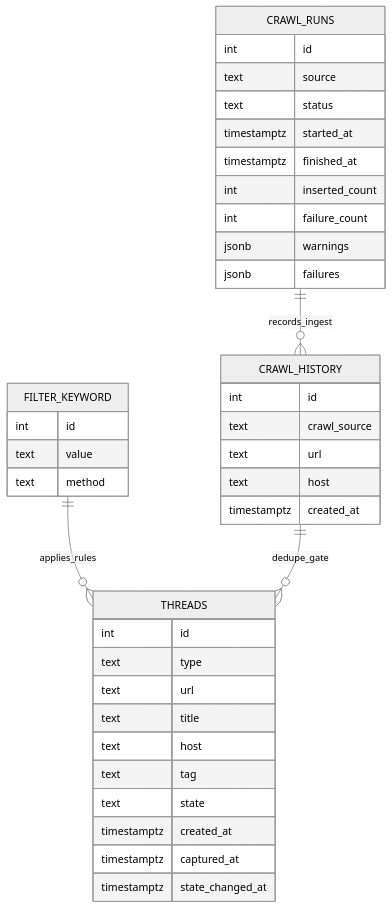
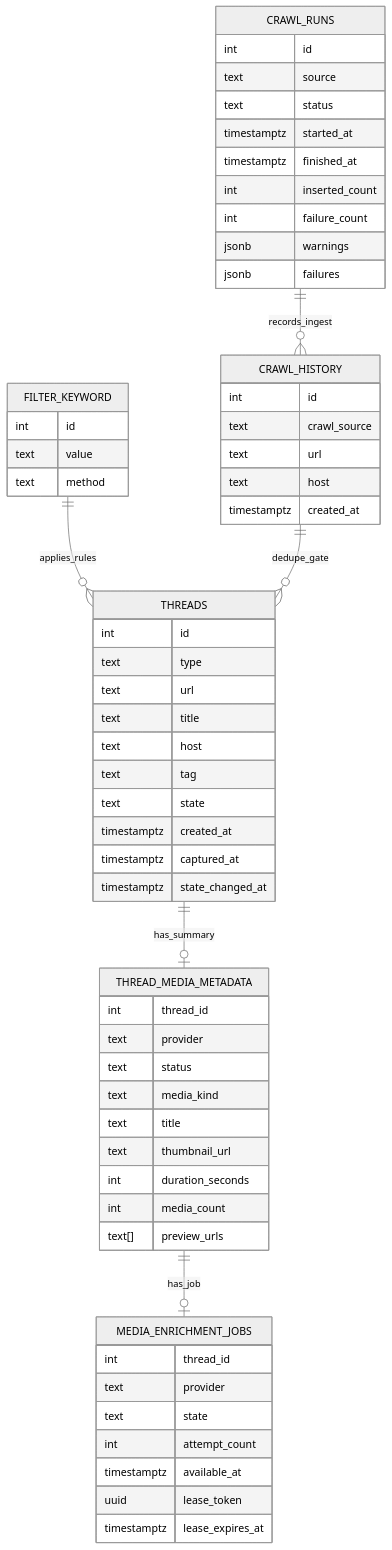
One commit to rlatmfrl24/applemint-v3 changed the diagram in README.md. Above: the diagram before and after it, drawn with Mermaid (neutral theme). The commit also changed other lines of this file and 57 other files, not shown here.

````diff
--- a/README.md
+++ b/README.md
@@ -83,45 +88,69 @@
 ```mermaid
 erDiagram
     FILTER_KEYWORD {
       int id
       text value
       text method
     }
 
     CRAWL_HISTORY {
       int id
       text crawl_source
       text url
       text host
       timestamptz created_at
     }
 
     CRAWL_RUNS {
       int id
       text source
       text status
       timestamptz started_at
       timestamptz finished_at
       int inserted_count
       int failure_count
       jsonb warnings
       jsonb failures
     }
 
     THREADS {
       int id
       text type
       text url
       text title
       text host
       text tag
       text state
       timestamptz created_at
       timestamptz captured_at
       timestamptz state_changed_at
     }
 
+    THREAD_MEDIA_METADATA {
+      int thread_id
+      text provider
+      text status
+      text media_kind
+      text title
+      text thumbnail_url
+      int duration_seconds
+      int media_count
+      text[] preview_urls
+    }
+
+    MEDIA_ENRICHMENT_JOBS {
+      int thread_id
+      text provider
+      text state
+      int attempt_count
+      timestamptz available_at
+      uuid lease_token
+      timestamptz lease_expires_at
+    }
+
     FILTER_KEYWORD ||--o{ THREADS : applies_rules
     CRAWL_HISTORY ||--o{ THREADS : dedupe_gate
     CRAWL_RUNS ||--o{ CRAWL_HISTORY : records_ingest
+    THREADS ||--o| THREAD_MEDIA_METADATA : has_summary
+    THREAD_MEDIA_METADATA ||--o| MEDIA_ENRICHMENT_JOBS : has_job
 ```
````
